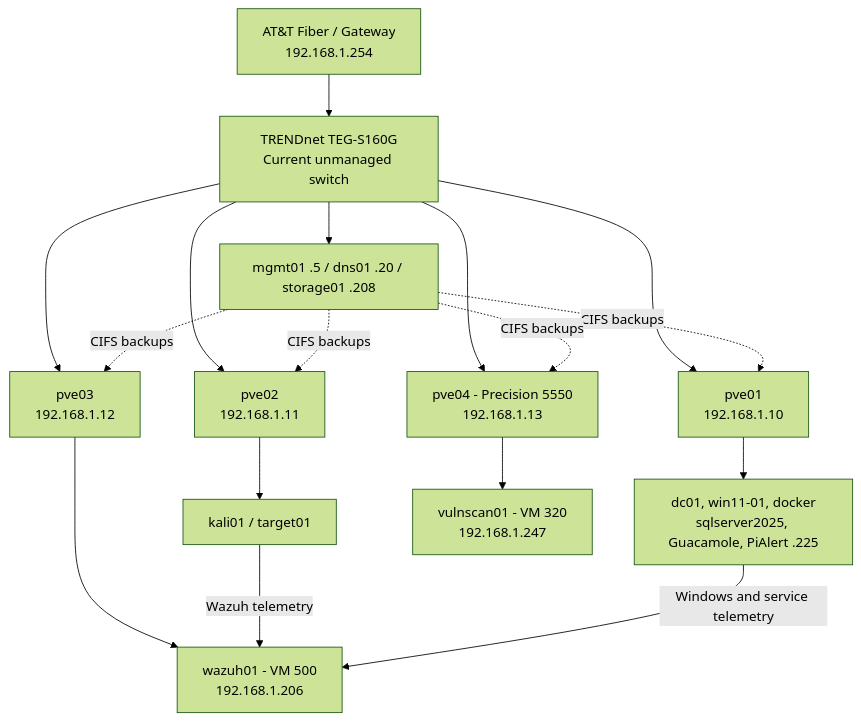
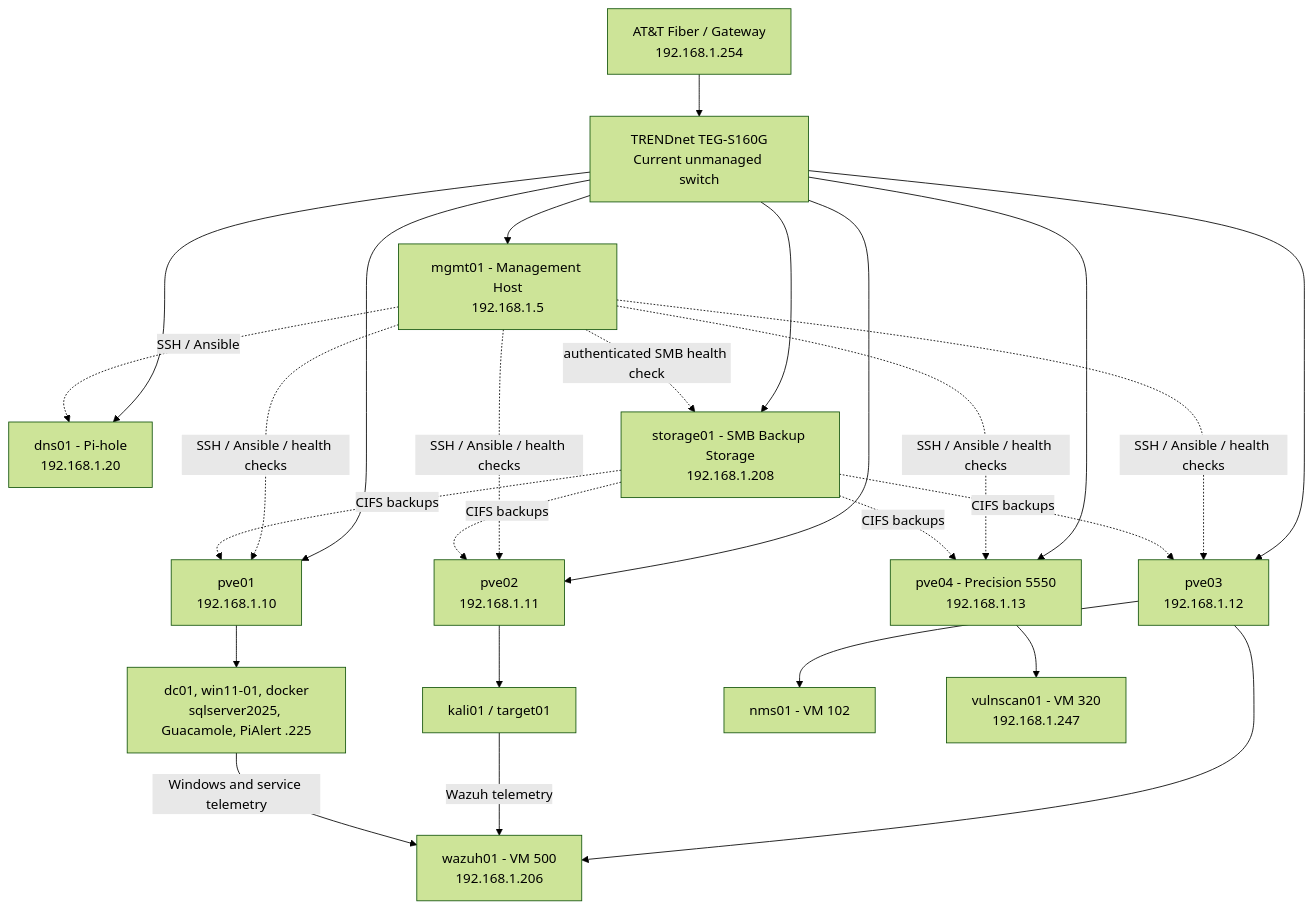
Before and after one commit to jatkins679/SOC-NOC-Homelab: the diagram in diagrams/current-architecture.md, drawn with Mermaid (forest theme). The commit also changed other lines of this file and 1 other file, not shown here.

Commit message:
Document management plane and current workload placement

````diff
--- a/diagrams/current-architecture.md
+++ b/diagrams/current-architecture.md
@@ -5,23 +5,33 @@
 ```mermaid
 flowchart TB
     WAN["AT&T Fiber / Gateway\n192.168.1.254"] --> SW["TRENDnet TEG-S160G\nCurrent unmanaged switch"]
 
     SW --> PVE1["pve01\n192.168.1.10"]
     SW --> PVE2["pve02\n192.168.1.11"]
     SW --> PVE3["pve03\n192.168.1.12"]
     SW --> PVE4["pve04 - Precision 5550\n192.168.1.13"]
-    SW --> INFRA["mgmt01 .5 / dns01 .20 / storage01 .208"]
+    SW --> MGMT["mgmt01 - Management Host\n192.168.1.5"]
+    SW --> DNS["dns01 - Pi-hole\n192.168.1.20"]
+    SW --> STORAGE["storage01 - SMB Backup Storage\n192.168.1.208"]
+
+    MGMT -. "SSH / Ansible / health checks" .-> PVE1
+    MGMT -. "SSH / Ansible / health checks" .-> PVE2
+    MGMT -. "SSH / Ansible / health checks" .-> PVE3
+    MGMT -. "SSH / Ansible / health checks" .-> PVE4
+    MGMT -. "SSH / Ansible" .-> DNS
+    MGMT -. "authenticated SMB health check" .-> STORAGE
 
     PVE1 --> PVE1WORK["dc01, win11-01, docker\nsqlserver2025, Guacamole, PiAlert .225"]
     PVE2 --> PVE2WORK["kali01 / target01"]
+    PVE3 --> NMS["nms01 - VM 102"]
     PVE3 --> WAZUH["wazuh01 - VM 500\n192.168.1.206"]
     PVE4 --> VULN["vulnscan01 - VM 320\n192.168.1.247"]
 
-    INFRA -. "CIFS backups" .-> PVE1
-    INFRA -. "CIFS backups" .-> PVE2
-    INFRA -. "CIFS backups" .-> PVE3
-    INFRA -. "CIFS backups" .-> PVE4
+    STORAGE -. "CIFS backups" .-> PVE1
+    STORAGE -. "CIFS backups" .-> PVE2
+    STORAGE -. "CIFS backups" .-> PVE3
+    STORAGE -. "CIFS backups" .-> PVE4
 
     PVE2WORK -- "Wazuh telemetry" --> WAZUH
     PVE1WORK -- "Windows and service telemetry" --> WAZUH
 ```
````
